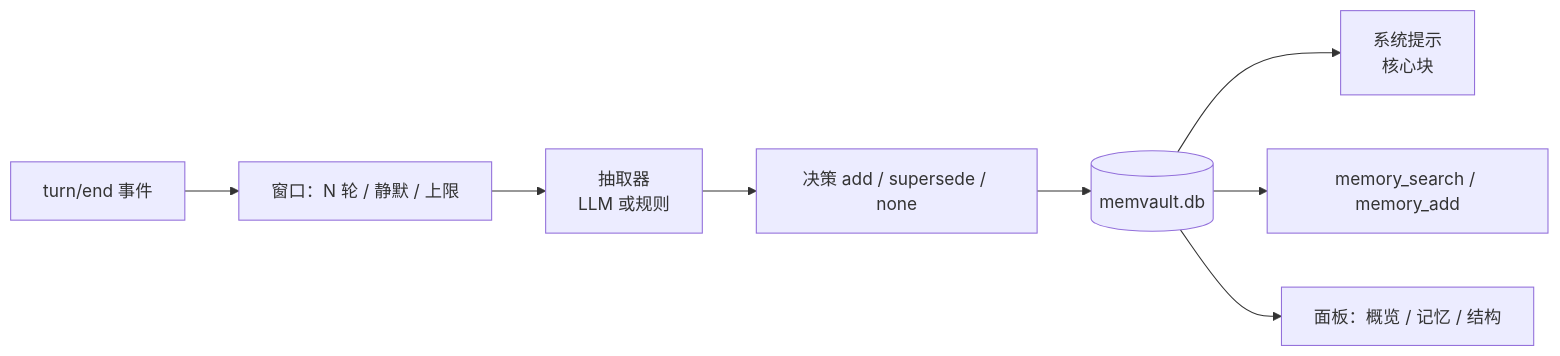
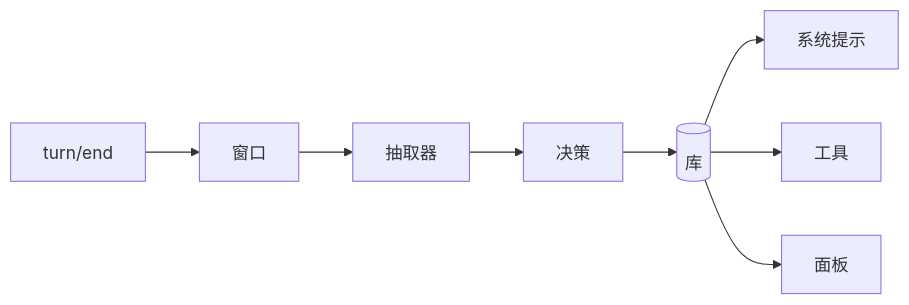
The diagram in README.zh.md (zhang66633/dsh-memvault), drawn with Mermaid before and after one commit. The commit also changed other lines of this file and 1 other file, not shown here.

````diff
--- a/README.zh.md
+++ b/README.zh.md
@@ -143,10 +78,7 @@
 ```mermaid
 flowchart LR
-  T[turn/end 事件] --> W[窗口：N 轮 / 静默 / 上限]
-  W --> X[抽取器<br/>LLM 或规则]
-  X --> D[决策 add / supersede / none]
-  D --> S[(memvault.db)]
-  S --> P[系统提示<br/>核心块]
-  S --> M[memory_search / memory_add]
-  S --> U[面板：概览 / 记忆 / 结构]
+  T[turn/end] --> W[窗口] --> X[抽取器] --> D[决策] --> S[(库)]
+  S --> P[系统提示]
+  S --> M[工具]
+  S --> U[面板]
 ```
````
